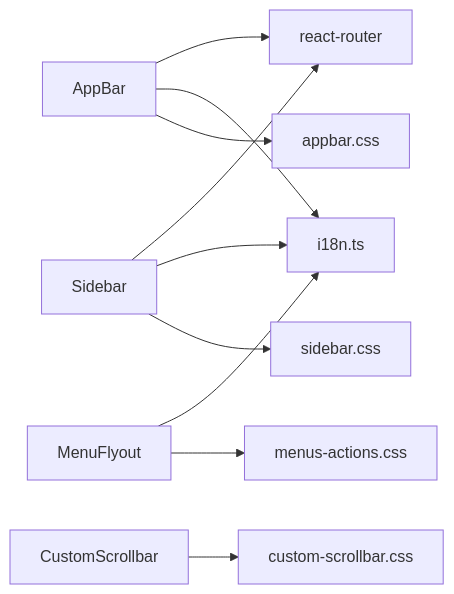
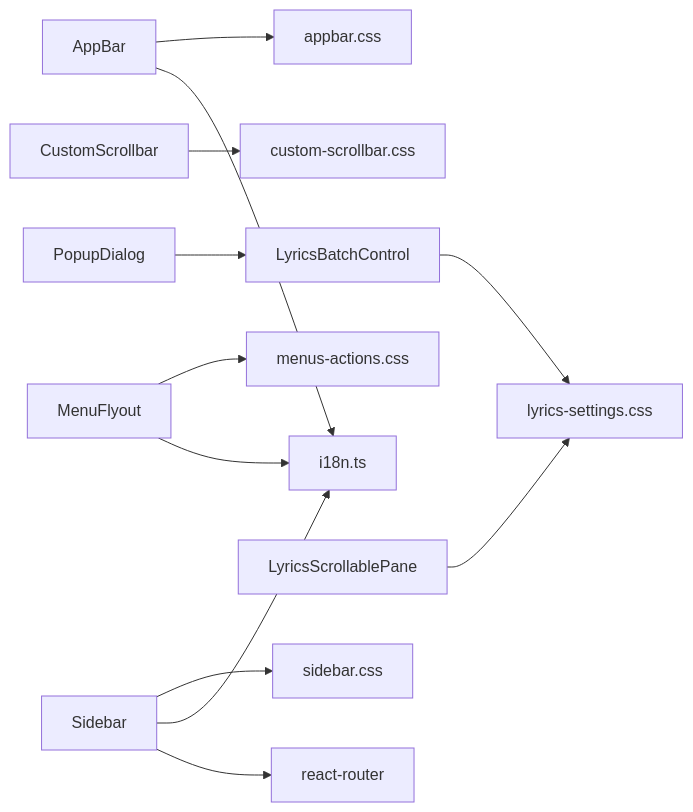
Before and after one commit to SeakyLuo/SMPlayerElectron: the eighth of 8 diagrams in .qoder/repowiki/zh/content/用户界面/React组件体系/UI基础组件/UI基础组件.md, drawn with Mermaid. The commit also changed other lines of this file and 32 other files, not shown here.

````diff
--- a/.qoder/repowiki/zh/content/用户界面/React组件体系/UI基础组件/UI基础组件.md
+++ b/.qoder/repowiki/zh/content/用户界面/React组件体系/UI基础组件/UI基础组件.md
@@ -325,12 +417,14 @@
 ```mermaid
 graph LR
 AppBar["AppBar"] --> Styles1["appbar.css"]
 Sidebar["Sidebar"] --> Styles2["sidebar.css"]
 MenuFlyout["MenuFlyout"] --> Styles3["menus-actions.css"]
 CustomScrollbar["CustomScrollbar"] --> Styles4["custom-scrollbar.css"]
+LyricsBatchControl["LyricsBatchControl"] --> Styles5["lyrics-settings.css"]
+LyricsScrollablePane["LyricsScrollablePane"] --> Styles5
 Sidebar --> i18n["i18n.ts"]
 AppBar --> i18n
 MenuFlyout --> i18n
 Sidebar --> Router["react-router"]
-AppBar --> Router
+PopupDialog["PopupDialog"] --> LyricsBatchControl
 ```
````
